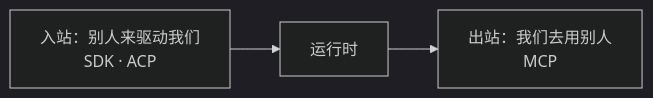
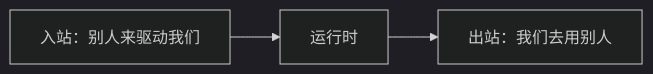
The first of 41 diagrams in docs/modules/protocol.md (snight1983/ds-harness-go), drawn with Mermaid (dark theme) before and after one commit. The commit also changed other lines of this file and 43 other files, not shown here.

Commit message:
docs: 图解架构与模块设计

````diff
--- a/docs/modules/protocol.md
+++ b/docs/modules/protocol.md
@@ -9,5 +9,5 @@
 ```mermaid
 flowchart LR
-    In["入站：别人来驱动我们<br/>SDK · ACP"] --> RT["运行时"]
-    RT --> Out["出站：我们去用别人<br/>MCP"]
+    In["入站：别人来驱动我们"] --> RT["运行时"]
+    RT --> Out["出站：我们去用别人"]
 ```
````
